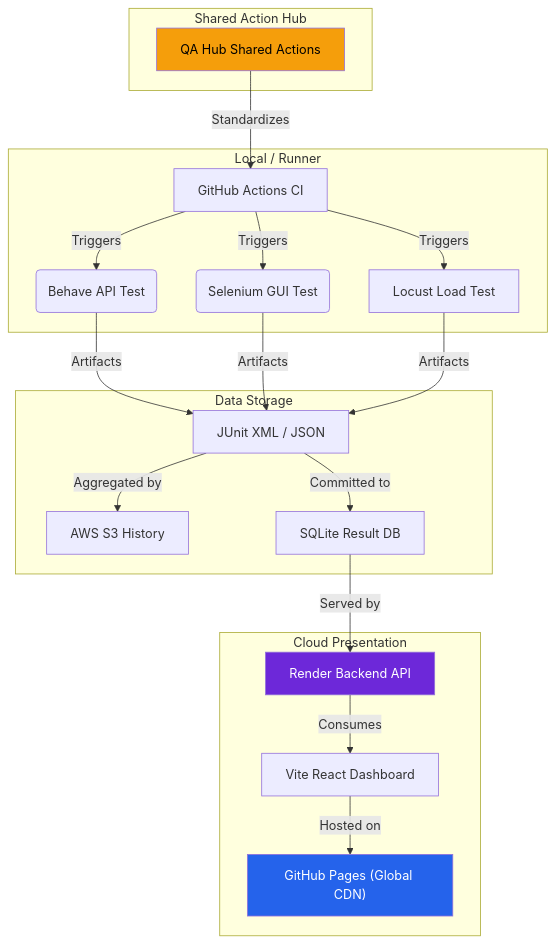
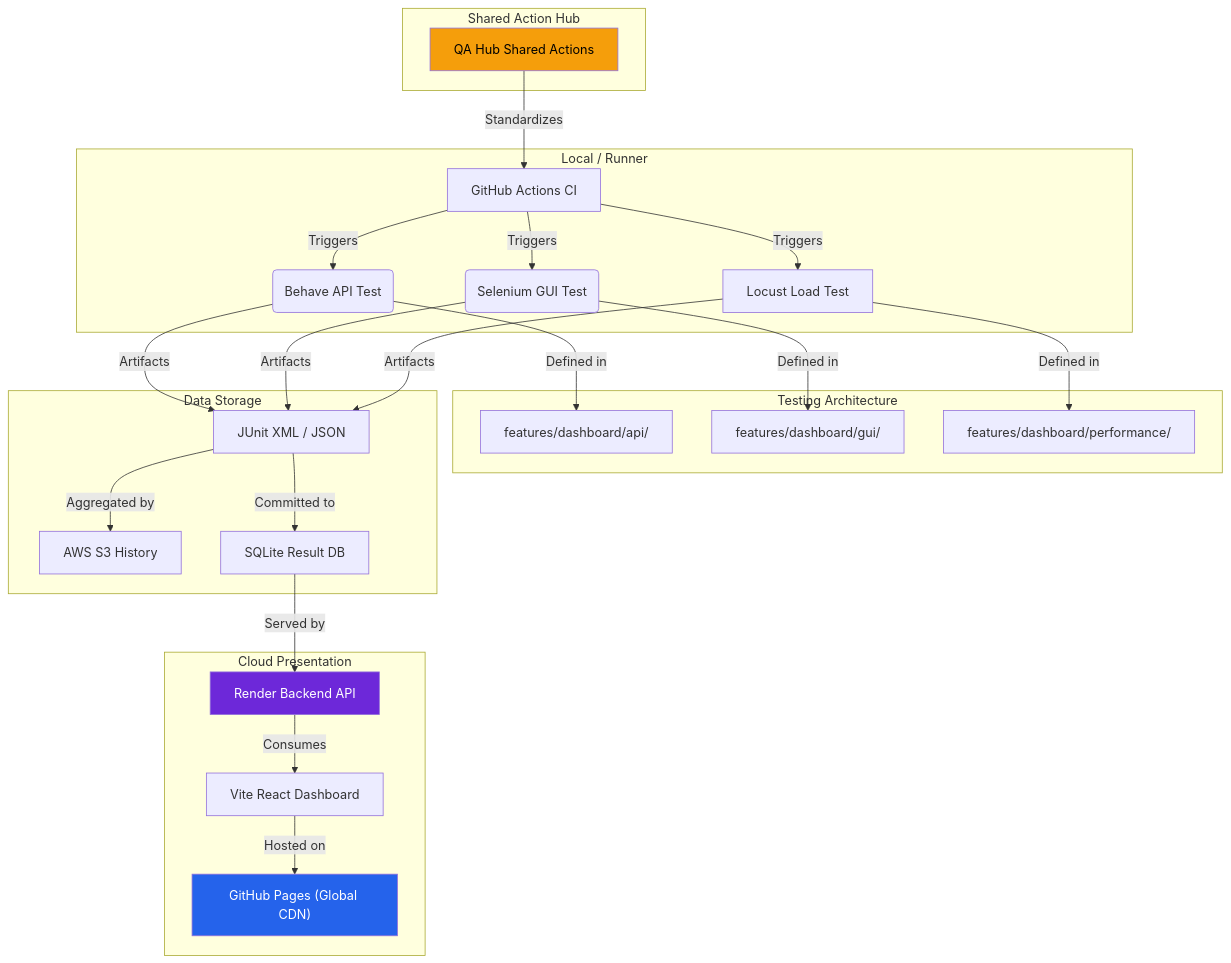
The diagram in README.md (carlos-camara/dashboard), drawn with Mermaid before and after one commit. The commit also changed 15 other files, not shown here.

````diff
--- a/README.md
+++ b/README.md
@@ -74,28 +74,34 @@
 ```mermaid
 graph TD
     subgraph "Local / Runner"
         A["GitHub Actions CI"] -->|Triggers| B("Behave API Test")
         A -->|Triggers| C("Selenium GUI Test")
         A -->|Triggers| L["Locust Load Test"]
+    end
+
+    subgraph "Testing Architecture"
+        B -->|Defined in| B_PATH["features/dashboard/api/"]
+        C -->|Defined in| C_PATH["features/dashboard/gui/"]
+        L -->|Defined in| L_PATH["features/dashboard/performance/"]
     end
 
     subgraph "Shared Action Hub"
         D["QA Hub Shared Actions"] -->|Standardizes| A
     end
 
     subgraph "Data Storage"
         B & C & L -->|Artifacts| E["JUnit XML / JSON"]
         E -->|Aggregated by| S3["AWS S3 History"]
         E -->|Committed to| DB["SQLite Result DB"]
     end
 
     subgraph "Cloud Presentation"
         DB -->|Served by| G["Render Backend API"]
         G -->|Consumes| H["Vite React Dashboard"]
         H -->|Hosted on| P["GitHub Pages (Global CDN)"]
     end
     
     style G fill:#6d28d9,color:#fff
     style P fill:#2563eb,color:#fff
     style D fill:#f59e0b,color:#000
 ```
````
